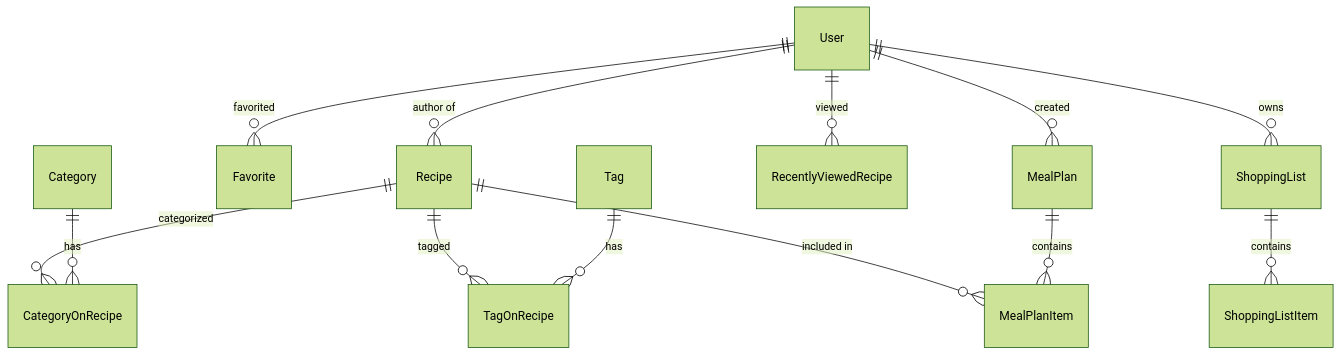
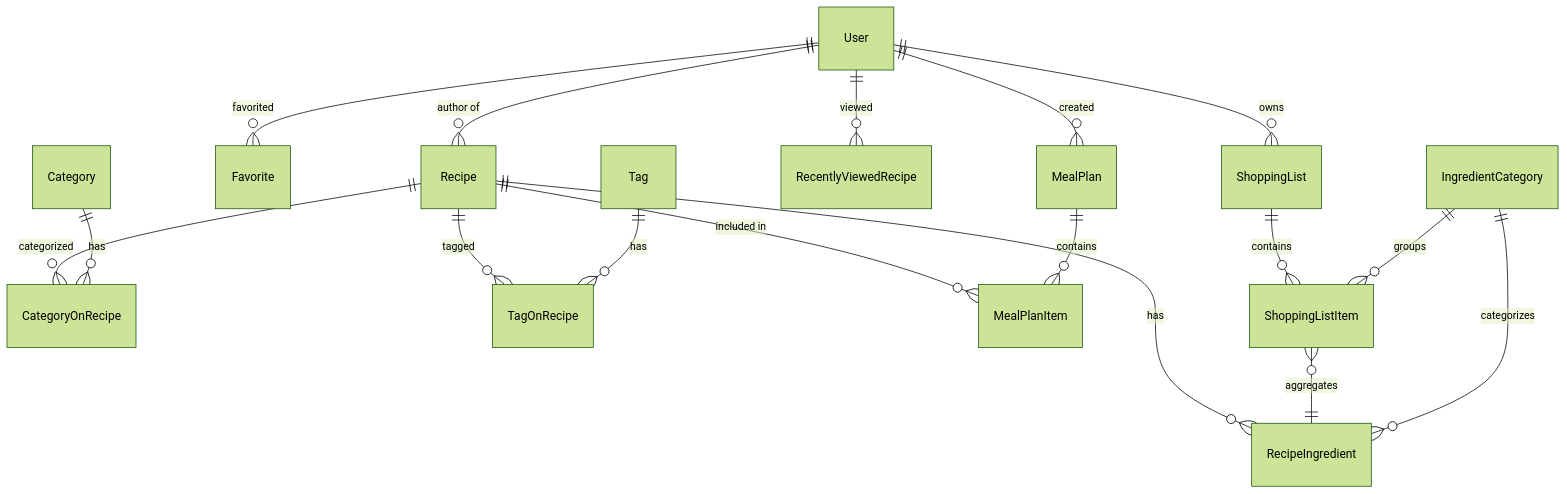
Before and after one commit to MeiSiristhebest/recipe-planner-app: the third of 3 diagrams in README_EN.md, drawn with Mermaid (forest theme). The commit also changed other lines of this file and 4 other files, not shown here.

````diff
--- a/README_EN.md
+++ b/README_EN.md
@@ -104,18 +249,22 @@
 ```mermaid
 erDiagram
     User ||--o{ Recipe : "author of"
     User ||--o{ Favorite : "favorited"
     User ||--o{ MealPlan : "created"
     User ||--o{ ShoppingList : "owns"
     User ||--o{ RecentlyViewedRecipe : "viewed"
-    
+
     Recipe ||--o{ CategoryOnRecipe : "categorized"
     Recipe ||--o{ TagOnRecipe : "tagged"
+    Recipe ||--o{ RecipeIngredient : "has"
     Recipe ||--o{ MealPlanItem : "included in"
-    
+
     MealPlan ||--o{ MealPlanItem : "contains"
     ShoppingList ||--o{ ShoppingListItem : "contains"
-    
+    ShoppingListItem }o--|| RecipeIngredient : "aggregates"
+
     Category ||--o{ CategoryOnRecipe : "has"
     Tag ||--o{ TagOnRecipe : "has"
+    IngredientCategory ||--o{ RecipeIngredient : "categorizes"
+    IngredientCategory ||--o{ ShoppingListItem : "groups"
 ```
````
